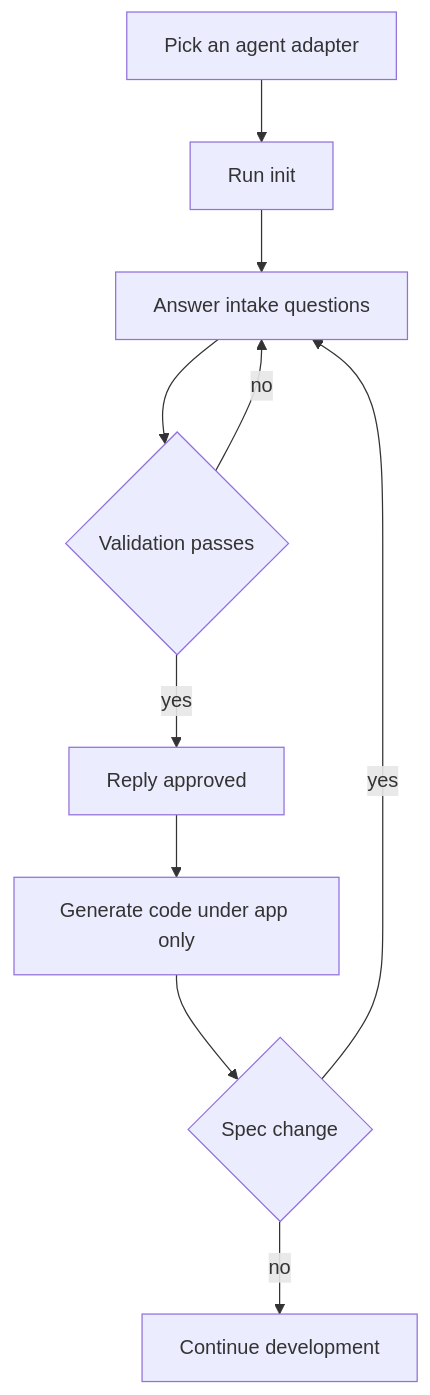
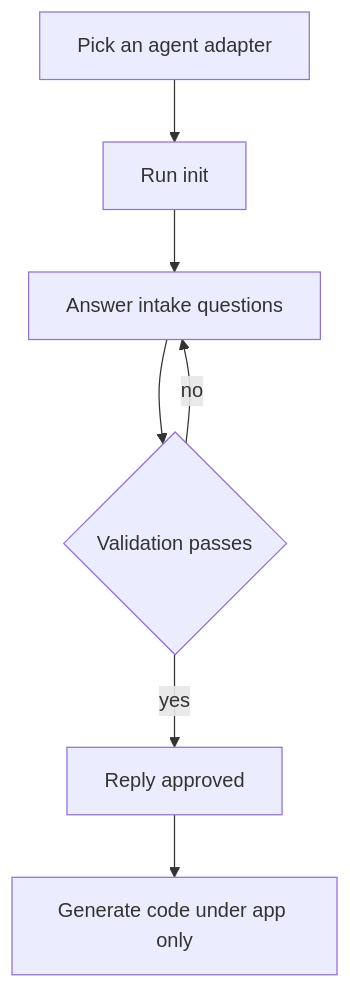
One commit to yunusakin/spectra changed the first of 3 diagrams in README.md. Above: the diagram before and after it, drawn with Mermaid. The commit also changed other lines of this file and 1 other file, not shown here.

Commit message:
Add scenario-based Mermaid diagrams to README

````diff
--- a/README.md
+++ b/README.md
@@ -26,12 +30,9 @@
 ```mermaid
 flowchart TD
   A[Pick an agent adapter] --> B[Run init]
   B --> C[Answer intake questions]
   C --> D{Validation passes}
   D -- no --> C
   D -- yes --> E[Reply approved]
   E --> F[Generate code under app only]
-  F --> G{Spec change}
-  G -- yes --> C
-  G -- no --> H[Continue development]
 ```
````
